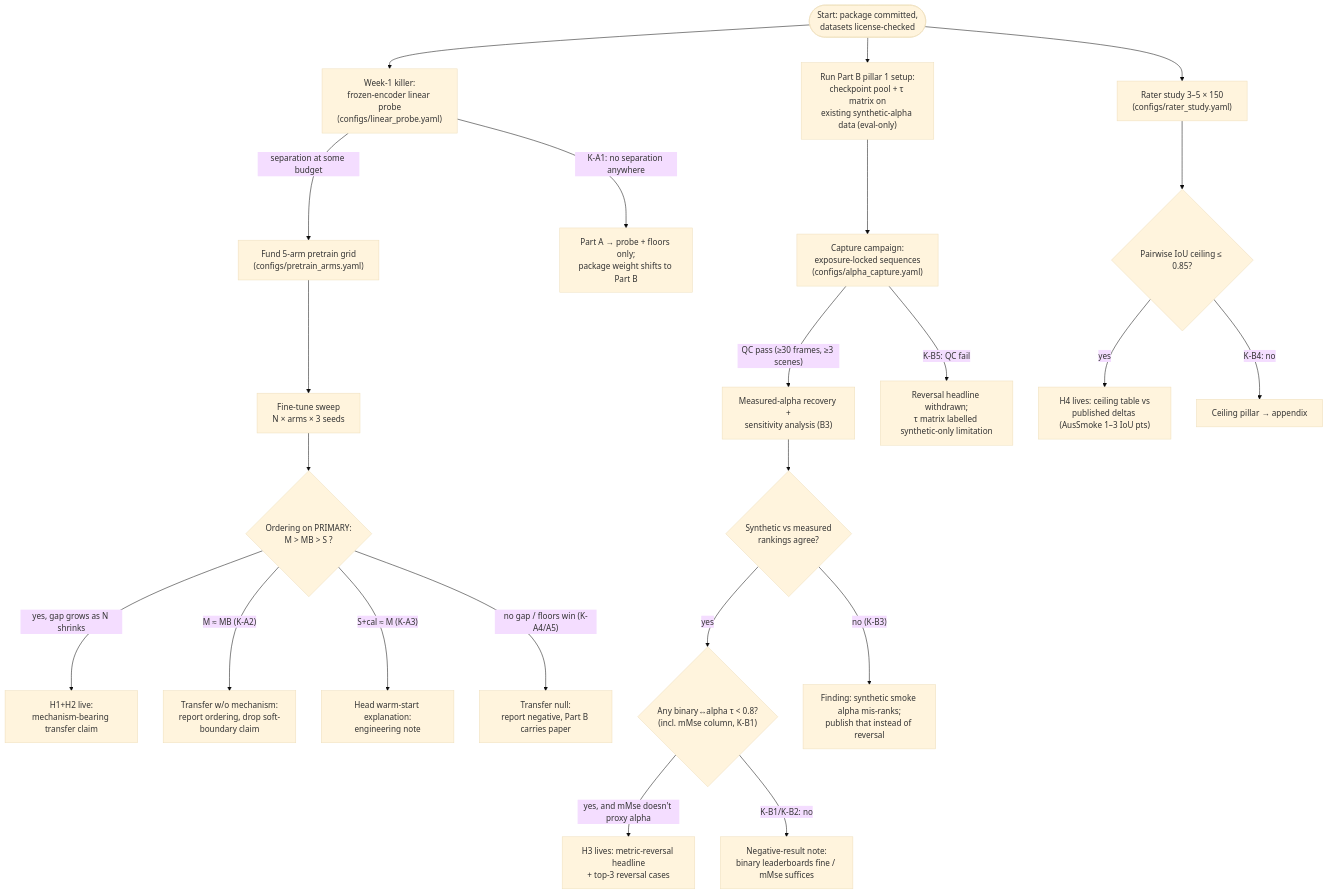
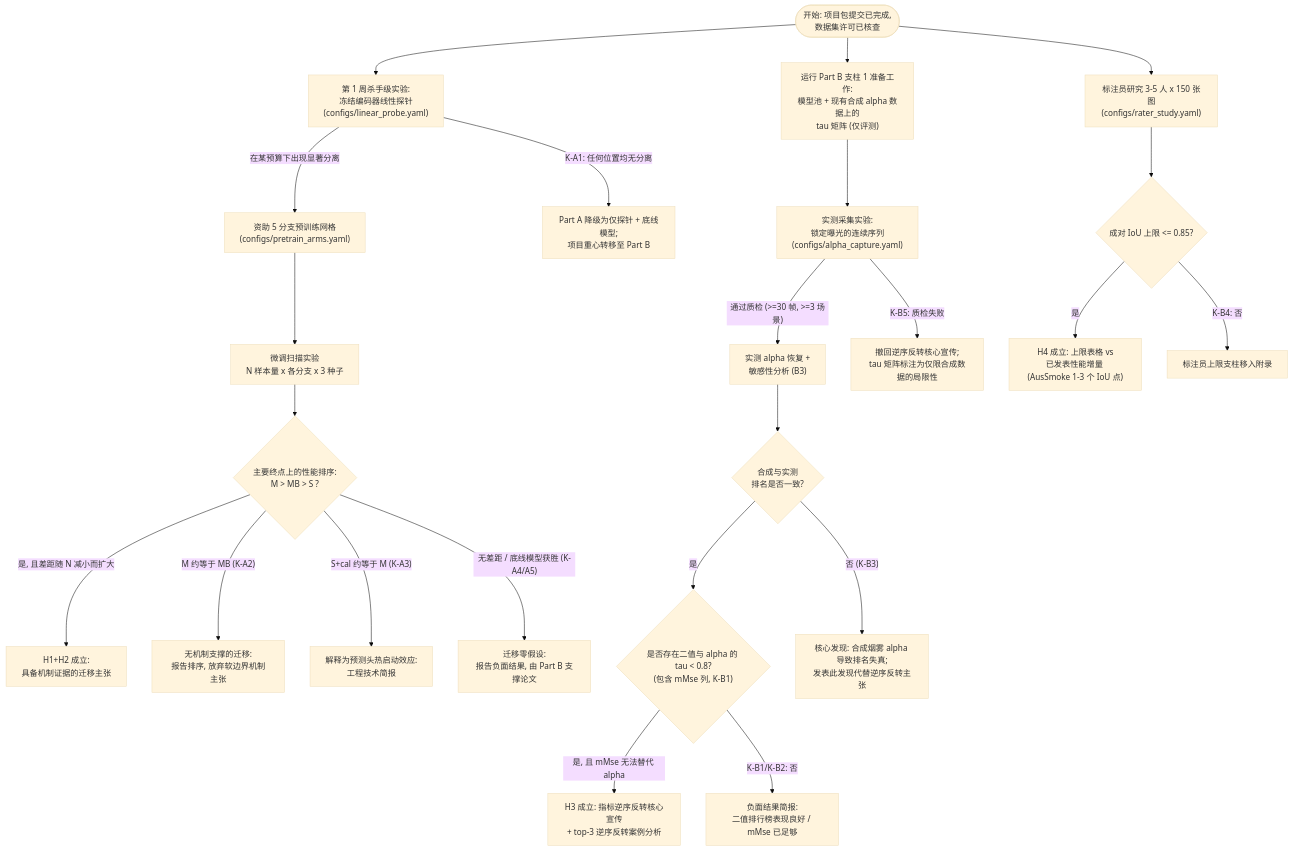
One commit to songkang688/idea changed the diagram in Windows4/Idea_03/experiments.md. Above: the diagram before and after it, drawn with Mermaid (base theme). The commit also changed other lines of this file and 74 other files, not shown here.

````diff
--- a/Windows4/Idea_03/experiments.md
+++ b/Windows4/Idea_03/experiments.md
@@ -70,31 +54,31 @@
 ```mermaid
 flowchart TD
-    START(["Start: package committed,<br/>datasets license-checked"]) --> PB0["Run Part B pillar 1 setup:<br/>checkpoint pool + τ matrix on<br/>existing synthetic-alpha data (eval-only)"]
-    START --> PROBE["Week-1 killer:<br/>frozen-encoder linear probe<br/>(configs/linear_probe.yaml)"]
+    START(["开始: 项目包提交已完成,<br/>数据集许可已核查"]) --> PB0["运行 Part B 支柱 1 准备工作:<br/>模型池 + 现有合成 alpha 数据上的<br/>tau 矩阵 (仅评测)"]
+    START --> PROBE["第 1 周杀手级实验:<br/>冻结编码器线性探针<br/>(configs/linear_probe.yaml)"]
 
-    PROBE -->|separation at some budget| GRID["Fund 5-arm pretrain grid<br/>(configs/pretrain_arms.yaml)"]
-    PROBE -->|"K-A1: no separation anywhere"| DEMOTEA["Part A → probe + floors only;<br/>package weight shifts to Part B"]
+    PROBE -->|在某预算下出现显著分离| GRID["资助 5 分支预训练网格<br/>(configs/pretrain_arms.yaml)"]
+    PROBE -->|"K-A1: 任何位置均无分离"| DEMOTEA["Part A 降级为仅探针 + 底线模型;<br/>项目重心转移至 Part B"]
 
-    GRID --> FT["Fine-tune sweep<br/>N × arms × 3 seeds"]
-    FT --> ORDER{"Ordering on PRIMARY:<br/>M > MB > S ?"}
-    ORDER -->|"yes, gap grows as N shrinks"| H1H2["H1+H2 live:<br/>mechanism-bearing transfer claim"]
-    ORDER -->|"M ≈ MB (K-A2)"| NOMECH["Transfer w/o mechanism:<br/>report ordering, drop soft-boundary claim"]
-    ORDER -->|"S+cal ≈ M (K-A3)"| WARM["Head warm-start explanation:<br/>engineering note"]
-    ORDER -->|"no gap / floors win (K-A4/A5)"| NULLA["Transfer null:<br/>report negative, Part B carries paper"]
+    GRID --> FT["微调扫描实验<br/>N 样本量 x 各分支 x 3 种子"]
+    FT --> ORDER{"主要终点上的性能排序:<br/>M > MB > S ?"}
+    ORDER -->|"是, 且差距随 N 减小而扩大"| H1H2["H1+H2 成立:<br/>具备机制证据的迁移主张"]
+    ORDER -->|"M 约等于 MB (K-A2)"| NOMECH["无机制支撑的迁移:<br/>报告排序, 放弃软边界机制主张"]
+    ORDER -->|"S+cal 约等于 M (K-A3)"| WARM["解释为预测头热启动效应:<br/>工程技术简报"]
+    ORDER -->|"无差距 / 底线模型获胜 (K-A4/A5)"| NULLA["迁移零假设:<br/>报告负面结果, 由 Part B 支撑论文"]
 
-    PB0 --> CAP["Capture campaign:<br/>exposure-locked sequences<br/>(configs/alpha_capture.yaml)"]
-    CAP -->|"QC pass (≥30 frames, ≥3 scenes)"| MEAS["Measured-alpha recovery +<br/>sensitivity analysis (B3)"]
-    CAP -->|"K-B5: QC fail"| FALLB["Reversal headline withdrawn;<br/>τ matrix labelled synthetic-only limitation"]
+    PB0 --> CAP["实测采集实验:<br/>锁定曝光的连续序列<br/>(configs/alpha_capture.yaml)"]
+    CAP -->|"通过质检 (>=30 帧, >=3 场景)"| MEAS["实测 alpha 恢复 +<br/>敏感性分析 (B3)"]
+    CAP -->|"K-B5: 质检失败"| FALLB["撤回逆序反转核心宣传;<br/>tau 矩阵标注为仅限合成数据的局限性"]
 
-    MEAS --> AGREE{"Synthetic vs measured<br/>rankings agree?"}
-    AGREE -->|yes| TAU{"Any binary↔alpha τ < 0.8?<br/>(incl. mMse column, K-B1)"}
-    AGREE -->|"no (K-B3)"| SYNBAD["Finding: synthetic smoke alpha mis-ranks;<br/>publish that instead of reversal"]
+    MEAS --> AGREE{"合成与实测<br/>排名是否一致?"}
+    AGREE -->|是| TAU{"是否存在二值与 alpha 的 tau < 0.8?<br/>(包含 mMse 列, K-B1)"}
+    AGREE -->|"否 (K-B3)"| SYNBAD["核心发现: 合成烟雾 alpha 导致排名失真;<br/>发表此发现代替逆序反转主张"]
 
-    TAU -->|"yes, and mMse doesn't proxy alpha"| REVERSAL["H3 lives: metric-reversal headline<br/>+ top-3 reversal cases"]
-    TAU -->|"K-B1/K-B2: no"| NEGNOTE["Negative-result note:<br/>binary leaderboards fine / mMse suffices"]
+    TAU -->|"是, 且 mMse 无法替代 alpha"| REVERSAL["H3 成立: 指标逆序反转核心宣传<br/>+ top-3 逆序反转案例分析"]
+    TAU -->|"K-B1/K-B2: 否"| NEGNOTE["负面结果简报:<br/>二值排行榜表现良好 / mMse 已足够"]
 
-    START --> RSTUDY["Rater study 3–5 × 150<br/>(configs/rater_study.yaml)"]
-    RSTUDY --> CEIL{"Pairwise IoU ceiling ≤ 0.85?"}
-    CEIL -->|yes| CONF["H4 lives: ceiling table vs<br/>published deltas (AusSmoke 1–3 IoU pts)"]
-    CEIL -->|"K-B4: no"| APP["Ceiling pillar → appendix"]
+    START --> RSTUDY["标注员研究 3-5 人 x 150 张图<br/>(configs/rater_study.yaml)"]
+    RSTUDY --> CEIL{"成对 IoU 上限 <= 0.85?"}
+    CEIL -->|是| CONF["H4 成立: 上限表格 vs<br/>已发表性能增量 (AusSmoke 1-3 个 IoU 点)"]
+    CEIL -->|"K-B4: 否"| APP["标注员上限支柱移入附录"]
 ```
````
